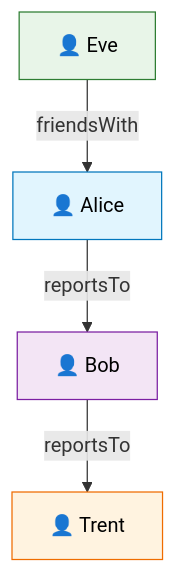
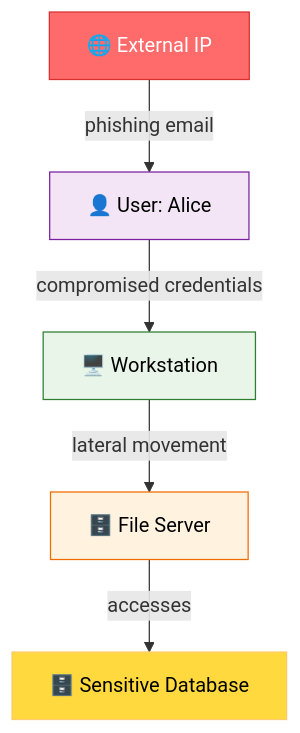
The first of 4 diagrams in data-explorer/graph-overview.md (MicrosoftDocs/dataexplorer-docs), drawn with Mermaid before and after one commit. The commit also changed other lines of this file, not shown here.

Commit message:
Revise graph overview documentation: enhance clarity and examples for graph semantics in Kusto

````diff
--- a/data-explorer/graph-overview.md
+++ b/data-explorer/graph-overview.md
@@ -25,11 +19,13 @@
 ```mermaid
 graph TD
-    A[👤 Alice] -->|reportsTo| B[👤 Bob]
-    C[👤 Eve] -->|friendsWith| A
-    B -->|reportsTo| D[👤 Trent]
+    EXT[🌐 External IP] -->|phishing email| U1[👤 User: Alice]
+    U1 -->|compromised credentials| S1[🖥️ Workstation]
+    S1 -->|lateral movement| FS[🗄️ File Server]
+    FS -->|accesses| DB[🗄️ Sensitive Database]
     
-    style A fill:#e1f5fe,stroke:#0277bd,color:#000
-    style B fill:#f3e5f5,stroke:#7b1fa2,color:#000
-    style C fill:#e8f5e8,stroke:#2e7d32,color:#000
-    style D fill:#fff3e0,stroke:#ef6c00,color:#000
+    style EXT fill:#ff6b6b,stroke:#d63031,color:#fff
+    style U1 fill:#f3e5f5,stroke:#7b1fa2,color:#000
+    style S1 fill:#e8f5e8,stroke:#2e7d32,color:#000
+    style FS fill:#fff3e0,stroke:#ef6c00,color:#000
+    style DB fill:#ffd93d,stroke:#fdcb6e,color:#000
 ```
````
